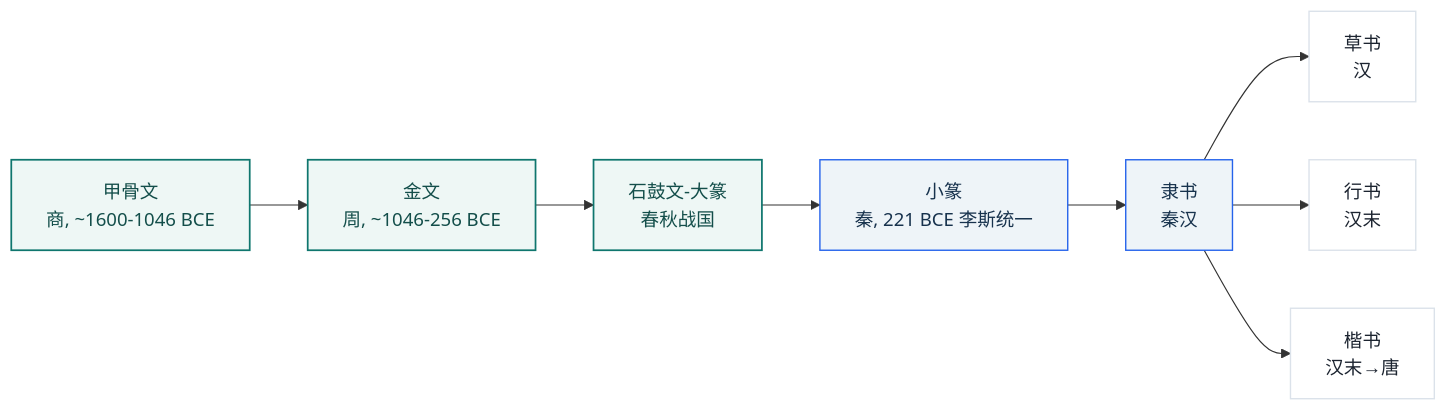
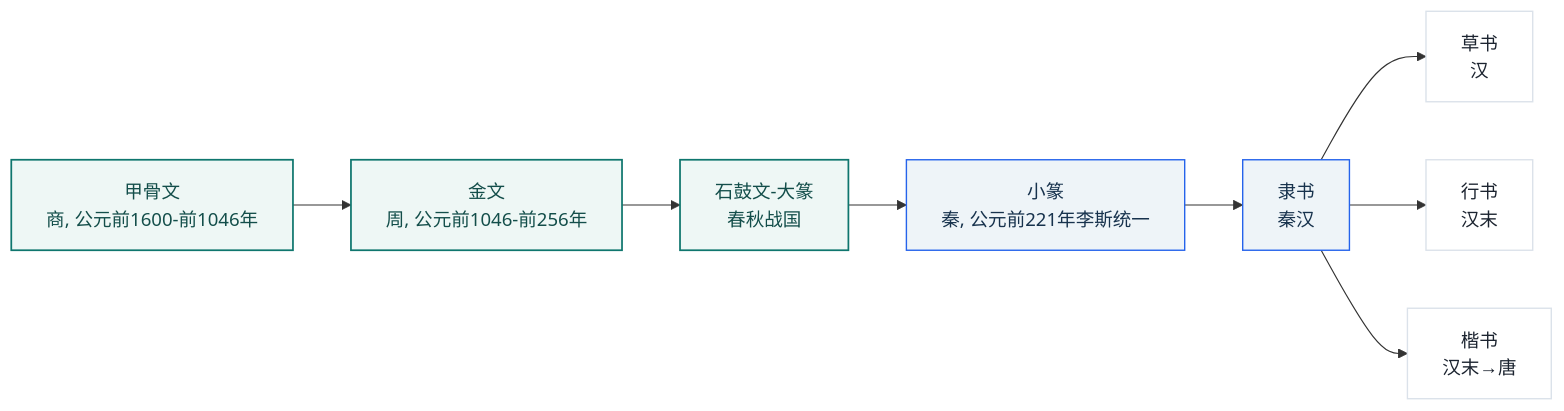
The first of 3 diagrams in report/汉字书法字体识别技术综述.md (jfxia/shufa), drawn with Mermaid before and after one commit.

Commit message:
综述报告更新

````diff
--- a/report/汉字书法字体识别技术综述.md
+++ b/report/汉字书法字体识别技术综述.md
@@ -28,18 +28,18 @@
 ```mermaid
 flowchart LR
-  A[甲骨文<br/>商, ~1600-1046 BCE] --> B[金文<br/>周, ~1046-256 BCE]
+  A[甲骨文<br/>商, 公元前1600-前1046年] --> B[金文<br/>周, 公元前1046-前256年]
   B --> C[石鼓文-大篆<br/>春秋战国]
-  C --> D[小篆<br/>秦, 221 BCE 李斯统一]
+  C --> D[小篆<br/>秦, 公元前221年李斯统一]
   D --> E[隶书<br/>秦汉]
   E --> F[草书<br/>汉]
   E --> G[行书<br/>汉末]
   E --> H[楷书<br/>汉末→唐]
 
   classDef core fill:#eef7f5,stroke:#0f766e,color:#134e4a,stroke-width:1.5px;
   classDef support fill:#eef4f8,stroke:#2563eb,color:#17324d,stroke-width:1.2px;
   classDef neutral fill:#ffffff,stroke:#dbe2ea,color:#1c2430,stroke-width:1.2px;
 
   class A,B,C core;
   class D,E support;
   class F,G,H neutral;
 ```
````
